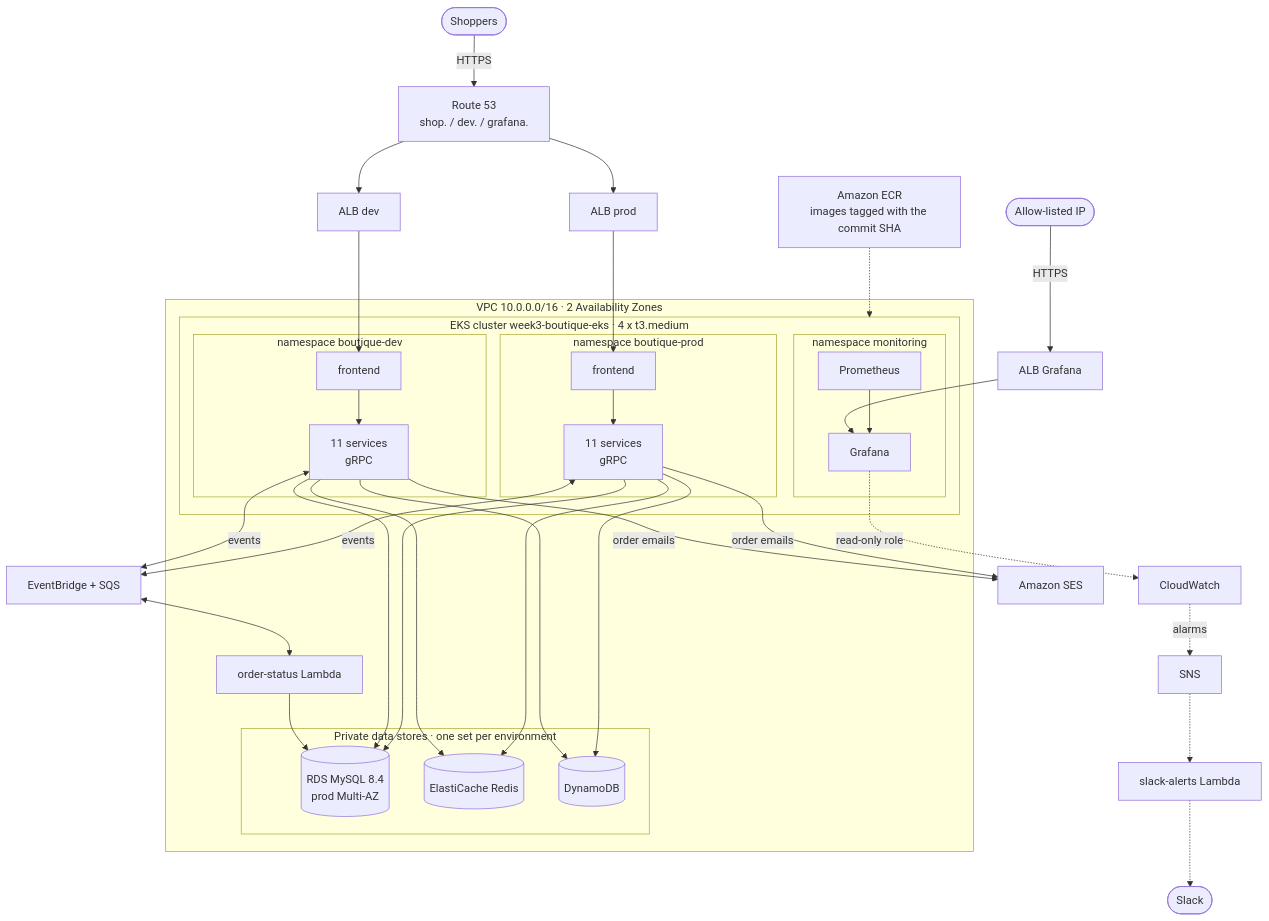
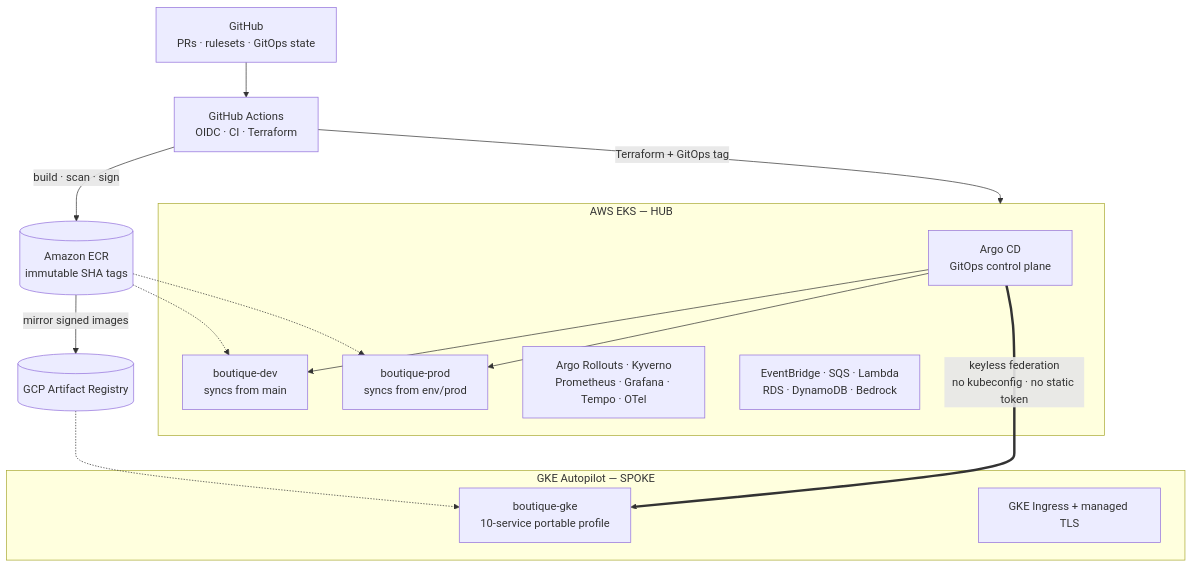
Before and after one commit to ngems1/Sec-GitOps-platform: the first of 8 diagrams in README.md, drawn with Mermaid. The commit also changed other lines of this file and 2 other files, not shown here.

Commit message:
docs: recruiter-focused README, executive summary and architecture diagrams (#92)

````diff
--- a/README.md
+++ b/README.md
@@ -70,36 +68,25 @@
 ```mermaid
 flowchart TB
-    user([Shoppers]) -->|HTTPS| r53[Route 53<br/>shop. / dev. / grafana.]
-    r53 --> albp[ALB prod] & albd[ALB dev]
-    admin([Allow-listed IP]) -->|HTTPS| albm[ALB Grafana]
-    subgraph vpc[VPC 10.0.0.0/16 · 2 Availability Zones]
-        subgraph eks[EKS cluster week3-boutique-eks · 4 x t3.medium]
-            subgraph prod[namespace boutique-prod]
-                fp[frontend] --> svcp[11 services<br/>gRPC]
-            end
-            subgraph dev[namespace boutique-dev]
-                fd[frontend] --> svcd[11 services<br/>gRPC]
-            end
-            subgraph mon[namespace monitoring]
-                prom[Prometheus] --> graf[Grafana]
-            end
-        end
-        subgraph data[Private data stores · one set per environment]
-            rds[(RDS MySQL 8.4<br/>prod Multi-AZ)]
-            redis[(ElastiCache Redis)]
-            ddb[(DynamoDB)]
-        end
-        lambda[order-status Lambda]
+    gh[GitHub<br/>PRs · rulesets · GitOps state] --> gha[GitHub Actions<br/>OIDC · CI · Terraform]
+    gha -->|build · scan · sign| ecr[(Amazon ECR<br/>immutable SHA tags)]
+    ecr -->|mirror signed images| ar[(GCP Artifact Registry)]
+
+    subgraph hub[AWS EKS — HUB]
+        argo[Argo CD<br/>GitOps control plane]
+        dev[boutique-dev<br/>syncs from main]
+        prod[boutique-prod<br/>syncs from env/prod]
+        plat[Argo Rollouts · Kyverno<br/>Prometheus · Grafana · Tempo · OTel]
+        aws[EventBridge · SQS · Lambda<br/>RDS · DynamoDB · Bedrock]
     end
-    albp --> fp
-    albd --> fd
-    albm --> graf
-    svcp & svcd --> rds & redis & ddb
-    svcp & svcd <-->|events| eb[EventBridge + SQS]
-    eb <--> lambda
-    lambda --> rds
-    svcp & svcd -->|order emails| ses[Amazon SES]
-    ecr[Amazon ECR<br/>images tagged with the commit SHA] -.-> eks
-    graf -.->|read-only role| cw[CloudWatch]
-    cw -.->|alarms| sns[SNS] -.-> slk[slack-alerts Lambda] -.-> slack([Slack])
+
+    subgraph spoke[GKE Autopilot — SPOKE]
+        gke[boutique-gke<br/>10-service portable profile]
+        ing[GKE Ingress + managed TLS]
+    end
+
+    gha -->|Terraform + GitOps tag| hub
+    argo --> dev & prod
+    argo ==>|keyless federation<br/>no kubeconfig · no static token| gke
+    ecr -.-> dev & prod
+    ar -.-> gke
 ```
````
